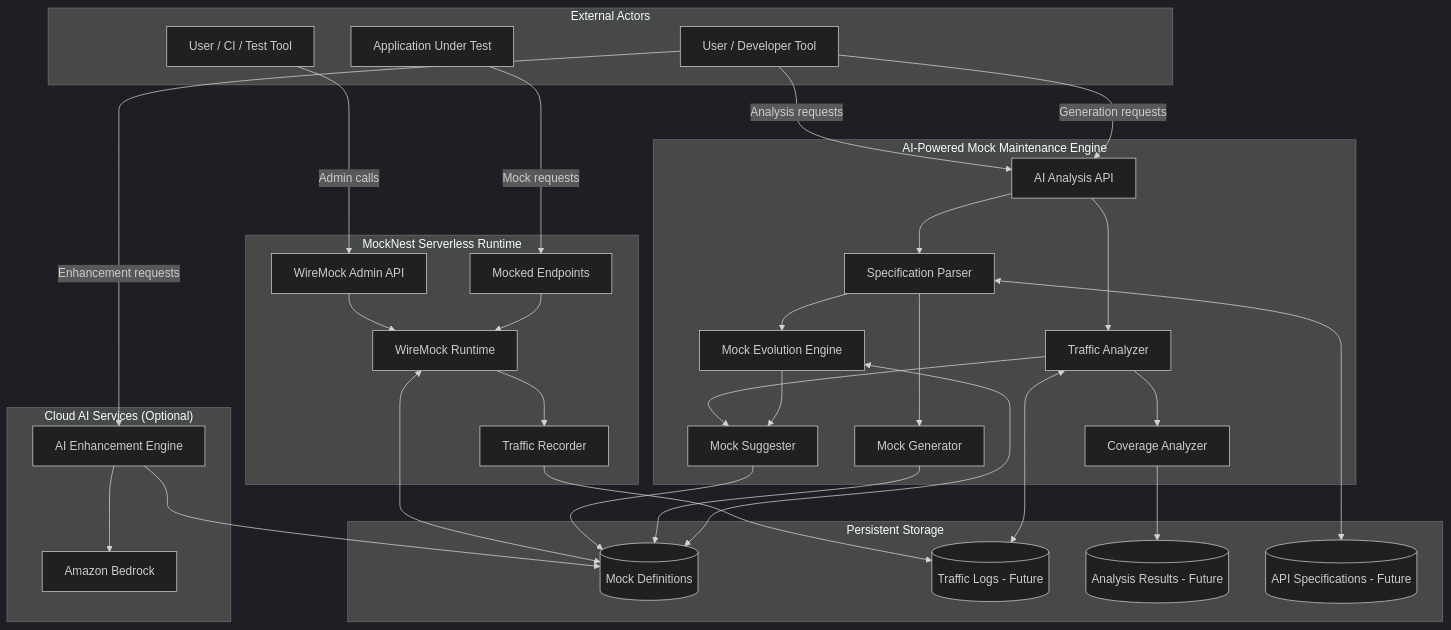
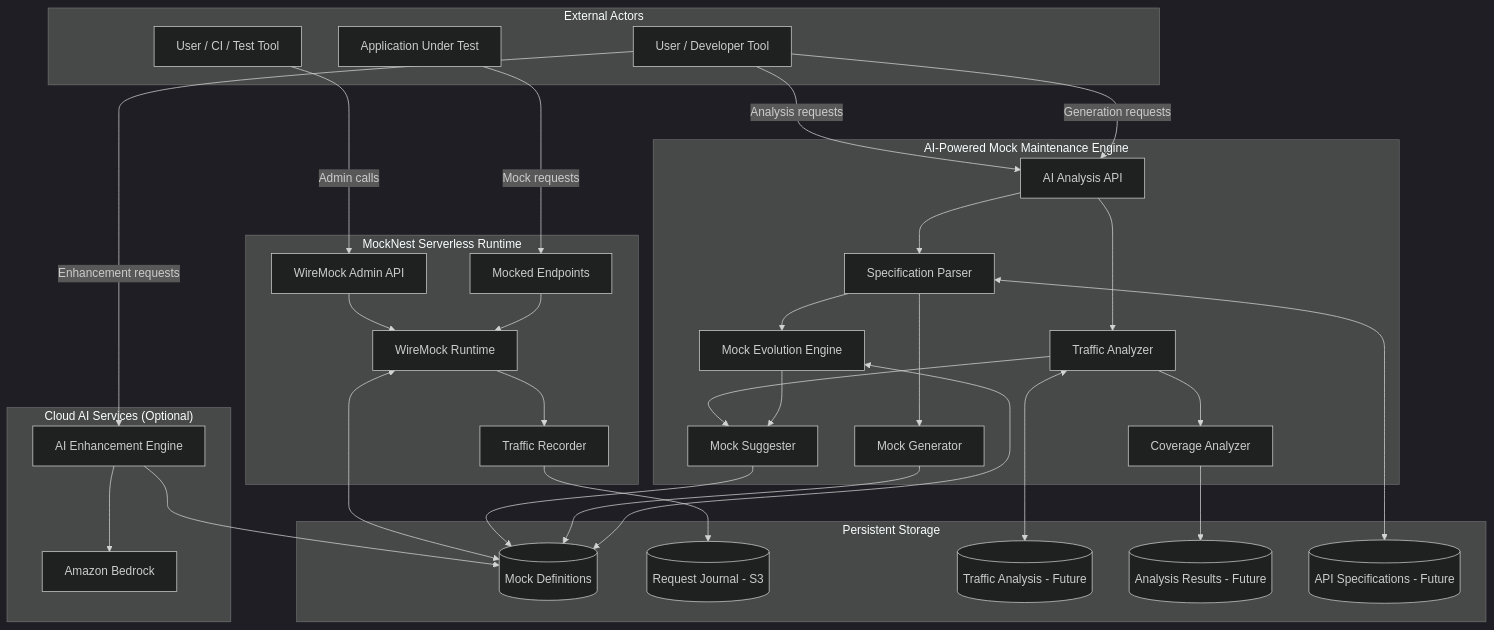
The first of 3 diagrams in .kiro/steering/structure.md (elenavanengelenmaslova/mocknest-serverless), drawn with Mermaid (dark theme) before and after one commit. The commit also changed other lines of this file and 5 other files, not shown here.

````diff
--- a/.kiro/steering/structure.md
+++ b/.kiro/steering/structure.md
@@ -46,66 +46,67 @@
 ```mermaid
 flowchart TB
     subgraph Actors["External Actors"]
         USER[User / CI / Test Tool]
         AIUSER[User / Developer Tool]
         APP[Application Under Test]
     end
 
     subgraph Runtime["MockNest Serverless Runtime"]
         ADMIN[WireMock Admin API]
         MOCKS[Mocked Endpoints]
         WM[WireMock Runtime]
         TRAFFIC[Traffic Recorder]
         
         ADMIN --> WM
         MOCKS --> WM
         WM --> TRAFFIC
     end
 
     subgraph MockMaintenance["AI-Powered Mock Maintenance Engine"]
         AIAPI[AI Analysis API]
         ANALYZER[Traffic Analyzer]
         SUGGESTER[Mock Suggester]
         COVERAGE[Coverage Analyzer]
         SPECPARSER[Specification Parser]
         EVOLUTION[Mock Evolution Engine]
         GENERATOR[Mock Generator]
         
         AIAPI --> ANALYZER
         AIAPI --> SPECPARSER
         ANALYZER --> SUGGESTER
         ANALYZER --> COVERAGE
         SPECPARSER --> GENERATOR
         SPECPARSER --> EVOLUTION
         EVOLUTION --> SUGGESTER
     end
 
     subgraph CloudAI["Cloud AI Services (Optional)"]
         BEDROCK[Amazon Bedrock]
         AIGENERATOR[AI Enhancement Engine]
         AIGENERATOR --> BEDROCK
     end
 
     subgraph Storage["Persistent Storage"]
         MOCKSTORE[(Mock Definitions)]
-        TRAFFICSTORE[(Traffic Logs - Future)]
+        REQUESTJOURNAL[(Request Journal - S3)]
+        TRAFFICSTORE[(Traffic Analysis - Future)]
         ANALYSISSTORE[(Analysis Results - Future)]
         SPECSTORE[(API Specifications - Future)]
     end
 
     USER -->|Admin calls| ADMIN
     APP -->|Mock requests| MOCKS
     AIUSER -->|Analysis requests| AIAPI
     AIUSER -->|Generation requests| AIAPI
     AIUSER -->|Enhancement requests| AIGENERATOR
 
     WM <--> MOCKSTORE
-    TRAFFIC --> TRAFFICSTORE
+    TRAFFIC --> REQUESTJOURNAL
     ANALYZER <--> TRAFFICSTORE
     SUGGESTER --> MOCKSTORE
     COVERAGE --> ANALYSISSTORE
     GENERATOR --> MOCKSTORE
     EVOLUTION <--> MOCKSTORE
     SPECPARSER <--> SPECSTORE
     AIGENERATOR --> MOCKSTORE
 ```
````
